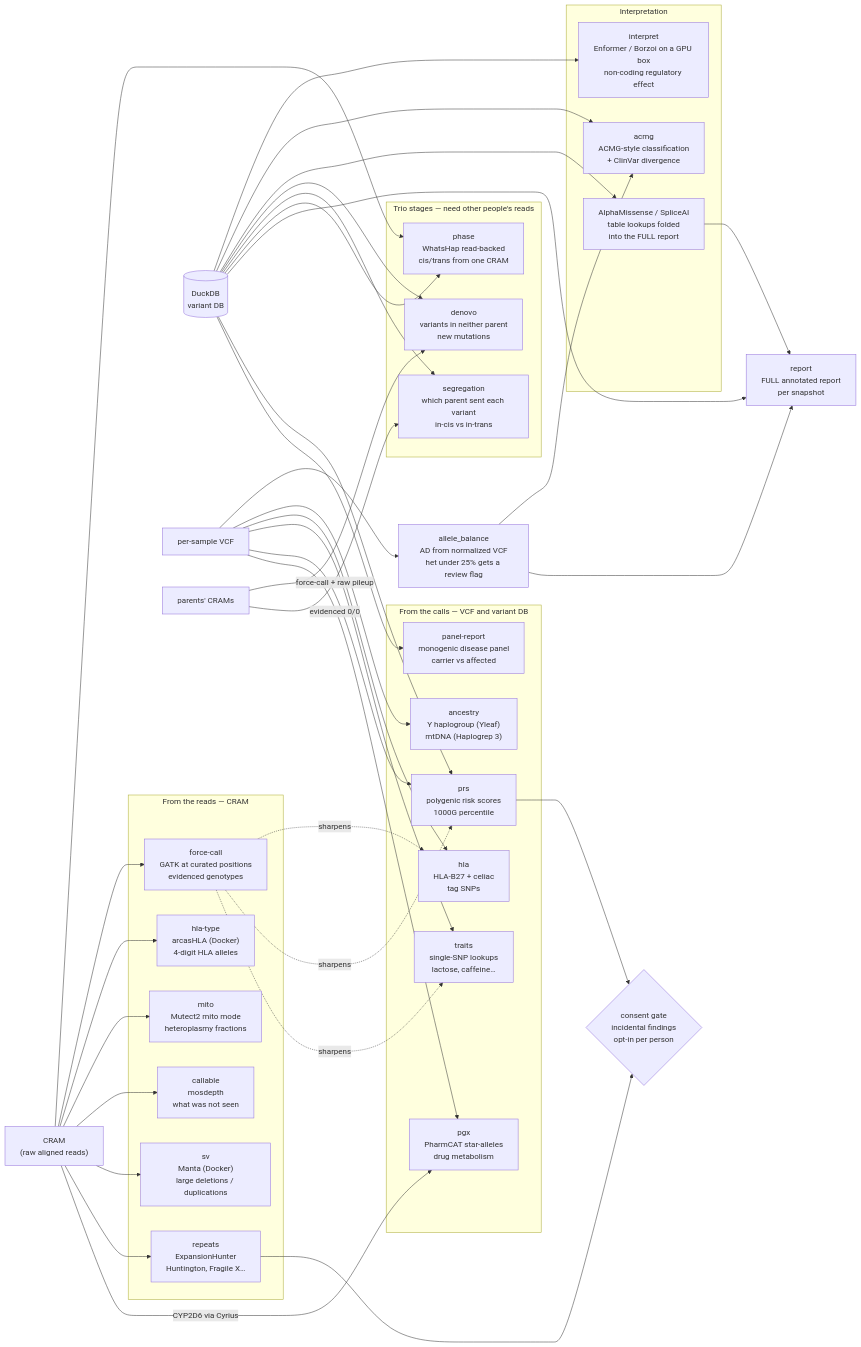
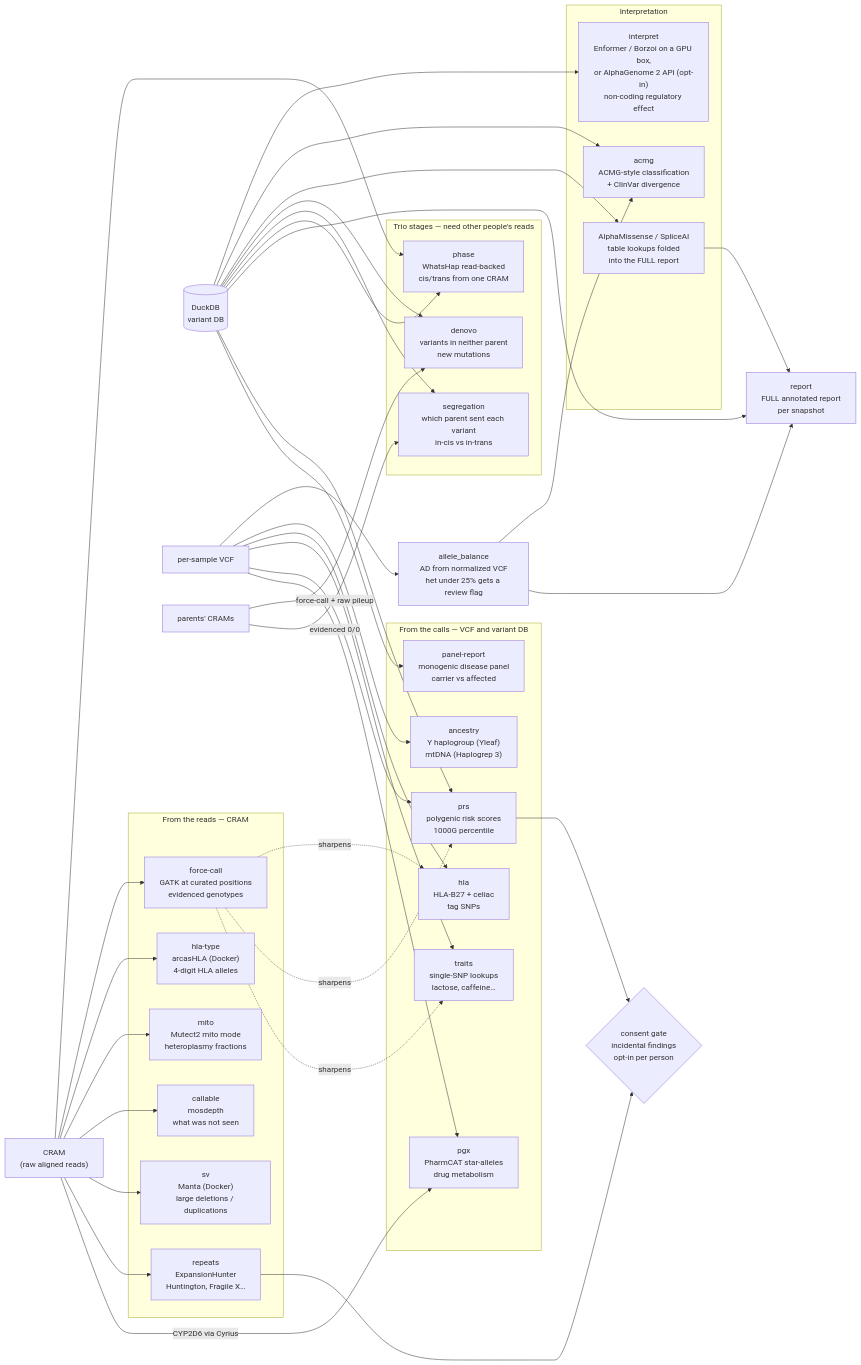
The second of 7 diagrams in docs/architecture.md (pgodlews/genome-ledger), drawn with Mermaid before and after one commit. The commit also changed other lines of this file and 29 other files, not shown here.

First line of the commit message:
Add AlphaGenome 2 as an opt-in interpret backend

````diff
--- a/docs/architecture.md
+++ b/docs/architecture.md
@@ -68,75 +68,75 @@
 ```mermaid
 flowchart LR
     DB[("DuckDB<br/>variant DB")]
     CRAM["CRAM<br/>(raw aligned reads)"]
     VCF["per-sample VCF"]
     PCRAM["parents' CRAMs"]
 
     subgraph LOOKUP["From the calls — VCF and variant DB"]
         PANEL["panel-report<br/>monogenic disease panel<br/>carrier vs affected"]
         PGX["pgx<br/>PharmCAT star-alleles<br/>drug metabolism"]
         PRS["prs<br/>polygenic risk scores<br/>1000G percentile"]
         TRAITS["traits<br/>single-SNP lookups<br/>lactose, caffeine…"]
         ANC["ancestry<br/>Y haplogroup (Yleaf)<br/>mtDNA (Haplogrep 3)"]
         HLA["hla<br/>HLA-B27 + celiac<br/>tag SNPs"]
     end
 
     subgraph READS["From the reads — CRAM"]
         REP["repeats<br/>ExpansionHunter<br/>Huntington, Fragile X…"]
         SV["sv<br/>Manta (Docker)<br/>large deletions / duplications"]
         COV["callable<br/>mosdepth<br/>what was not seen"]
         MITO["mito<br/>Mutect2 mito mode<br/>heteroplasmy fractions"]
         HLAT["hla-type<br/>arcasHLA (Docker)<br/>4-digit HLA alleles"]
         FC["force-call<br/>GATK at curated positions<br/>evidenced genotypes"]
     end
 
     subgraph TRIO["Trio stages — need other people's reads"]
         PHASE["phase<br/>WhatsHap read-backed<br/>cis/trans from one CRAM"]
         SEG["segregation<br/>which parent sent each variant<br/>in-cis vs in-trans"]
         DN["denovo<br/>variants in neither parent<br/>new mutations"]
     end
 
     subgraph INTERP["Interpretation"]
         AM["AlphaMissense / SpliceAI<br/>table lookups folded<br/>into the FULL report"]
         ACMG["acmg<br/>ACMG-style classification<br/>+ ClinVar divergence"]
-        REG["interpret<br/>Enformer / Borzoi on a GPU box<br/>non-coding regulatory effect"]
+        REG["interpret<br/>Enformer / Borzoi on a GPU box,<br/>or AlphaGenome 2 API (opt-in)<br/>non-coding regulatory effect"]
     end
 
     REPORT["report<br/>FULL annotated report<br/>per snapshot"]
     AB["allele_balance<br/>AD from normalized VCF<br/>het under 25% gets a review flag"]
     GATE{"consent gate<br/>incidental findings<br/>opt-in per person"}
 
     DB --> PANEL
     DB --> PRS
     DB --> REPORT
     VCF --> PGX
     CRAM -->|"CYP2D6 via Cyrius"| PGX
     VCF --> PRS
     VCF --> TRAITS
     VCF --> HLA
     VCF --> ANC
     CRAM --> REP
     CRAM --> SV
     CRAM --> COV
     CRAM --> MITO
     CRAM --> HLAT
     CRAM --> FC
     FC -.->|"sharpens"| TRAITS
     FC -.->|"sharpens"| PRS
     FC -.->|"sharpens"| HLA
     CRAM --> PHASE
     DB --> PHASE
     DB --> SEG
     DB --> DN
     PCRAM -->|"evidenced 0/0"| SEG
     PCRAM -->|"force-call + raw pileup"| DN
     DB --> AM
     AM --> REPORT
     VCF --> AB
     AB --> REPORT
     AB --> ACMG
     DB --> ACMG
     DB --> REG
     REP --> GATE
     PRS --> GATE
 ```
````
